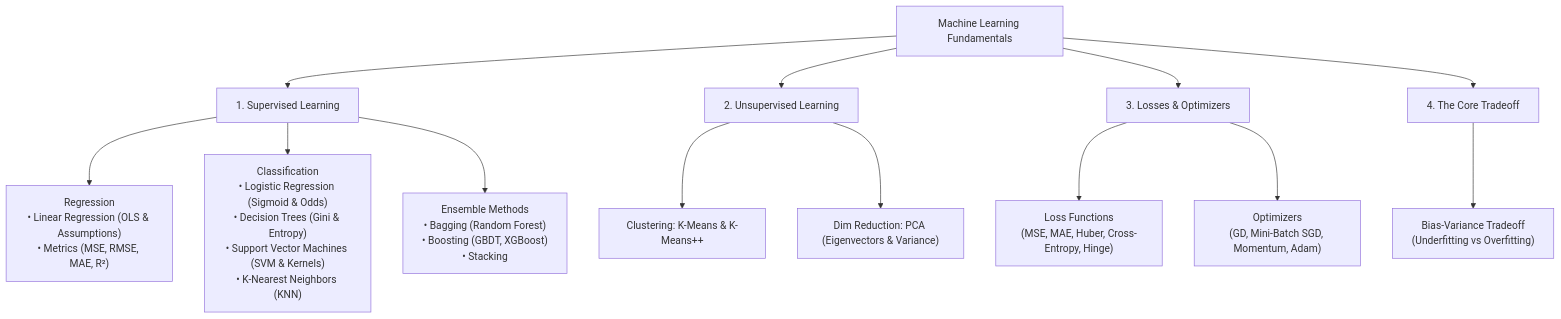
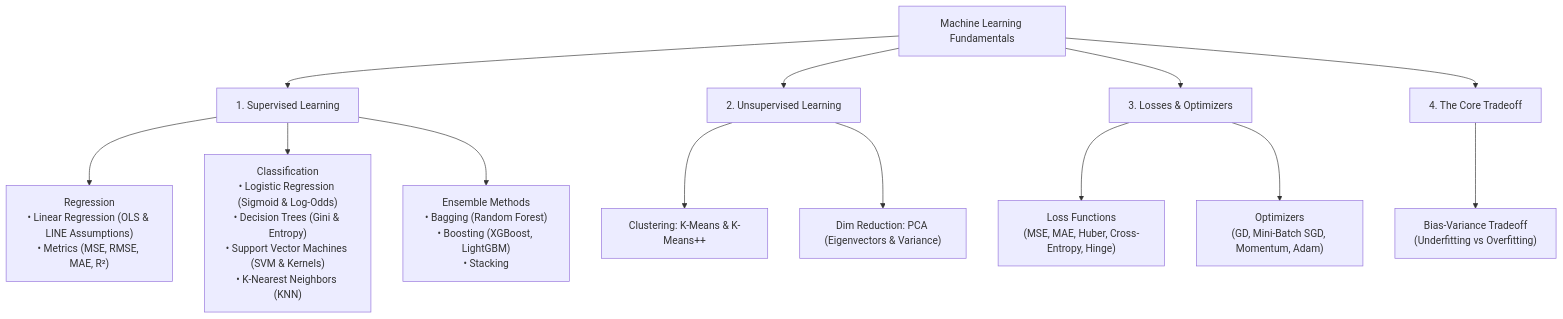
Before and after one commit to rahulkumarjha26/genai-study-materials: the first of 5 diagrams in ML_CORE_CONCEPTS.md, drawn with Mermaid. The commit also changed other lines of this file, not shown here.

````diff
--- a/ML_CORE_CONCEPTS.md
+++ b/ML_CORE_CONCEPTS.md
@@ -21,19 +25,19 @@
 ```mermaid
 flowchart TD
     ML["Machine Learning Fundamentals"] --> Supervised["1. Supervised Learning"]
     ML --> Unsupervised["2. Unsupervised Learning"]
     ML --> Optimization["3. Losses & Optimizers"]
     ML --> Foundations["4. The Core Tradeoff"]
 
     Foundations --> BV["Bias-Variance Tradeoff<br/>(Underfitting vs Overfitting)"]
 
-    Supervised --> Reg["Regression<br/>• Linear Regression (OLS & Assumptions)<br/>• Metrics (MSE, RMSE, MAE, R²)"]
-    Supervised --> Class["Classification<br/>• Logistic Regression (Sigmoid & Odds)<br/>• Decision Trees (Gini & Entropy)<br/>• Support Vector Machines (SVM & Kernels)<br/>• K-Nearest Neighbors (KNN)"]
-    Supervised --> Ensemble["Ensemble Methods<br/>• Bagging (Random Forest)<br/>• Boosting (GBDT, XGBoost)<br/>• Stacking"]
+    Supervised --> Reg["Regression<br/>• Linear Regression (OLS & LINE Assumptions)<br/>• Metrics (MSE, RMSE, MAE, R²)"]
+    Supervised --> Class["Classification<br/>• Logistic Regression (Sigmoid & Log-Odds)<br/>• Decision Trees (Gini & Entropy)<br/>• Support Vector Machines (SVM & Kernels)<br/>• K-Nearest Neighbors (KNN)"]
+    Supervised --> Ensemble["Ensemble Methods<br/>• Bagging (Random Forest)<br/>• Boosting (XGBoost, LightGBM)<br/>• Stacking"]
 
     Unsupervised --> Cluster["Clustering: K-Means & K-Means++"]
     Unsupervised --> DimRed["Dim Reduction: PCA (Eigenvectors & Variance)"]
 
     Optimization --> Loss["Loss Functions<br/>(MSE, MAE, Huber, Cross-Entropy, Hinge)"]
     Optimization --> Opt["Optimizers<br/>(GD, Mini-Batch SGD, Momentum, Adam)"]
 ```
````
